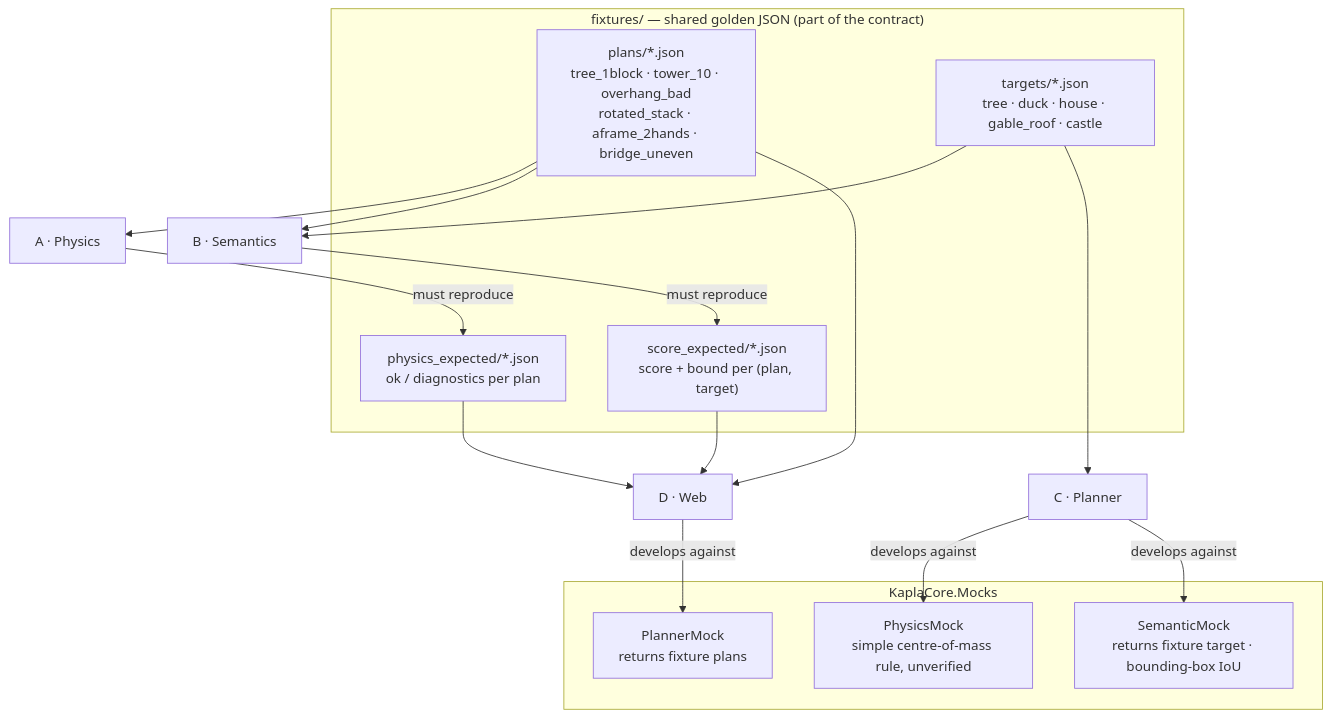
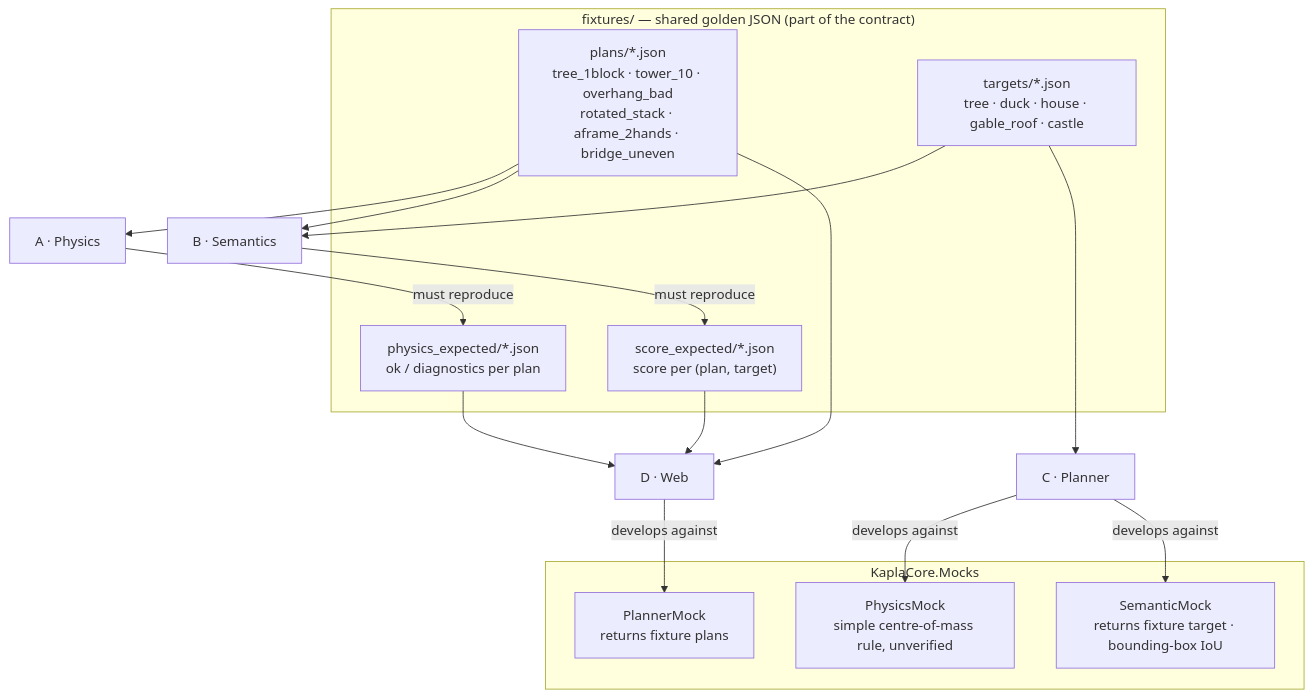
One commit to johspaeth/KaplaBuilder changed the sixth of 7 diagrams in docs/WORKSPLIT.md. Above: the diagram before and after it, drawn with Mermaid. The commit also changed other lines of this file and 3 other files, not shown here.

First line of the commit message:
Docs: remove the upper bound; score takes a Frame

````diff
--- a/docs/WORKSPLIT.md
+++ b/docs/WORKSPLIT.md
@@ -290,28 +288,28 @@
 ```mermaid
 flowchart TB
   subgraph F["fixtures/ — shared golden JSON (part of the contract)"]
     fbp["plans/*.json<br/>tree_1block · tower_10 · overhang_bad<br/>rotated_stack · aframe_2hands · bridge_uneven"]
     ftg["targets/*.json<br/>tree · duck · house · gable_roof · castle"]
     fpr["physics_expected/*.json<br/>ok / diagnostics per plan"]
-    fsr["score_expected/*.json<br/>score + bound per (plan, target)"]
+    fsr["score_expected/*.json<br/>score per (plan, target)"]
   end
 
   subgraph mocks["KaplaCore.Mocks"]
     pm["PhysicsMock<br/>simple centre-of-mass rule, unverified"]
     sm["SemanticMock<br/>returns fixture target · bounding-box IoU"]
     plm["PlannerMock<br/>returns fixture plans"]
   end
 
   A["A · Physics"] -- "must reproduce" --> fpr
   fbp --> A
   B["B · Semantics"] -- "must reproduce" --> fsr
   ftg --> B
   fbp --> B
   C["C · Planner"] -- "develops against" --> pm
   C -- "develops against" --> sm
   ftg --> C
   D["D · Web"] -- "develops against" --> plm
   fbp --> D
   fpr --> D
   fsr --> D
 ```
````
